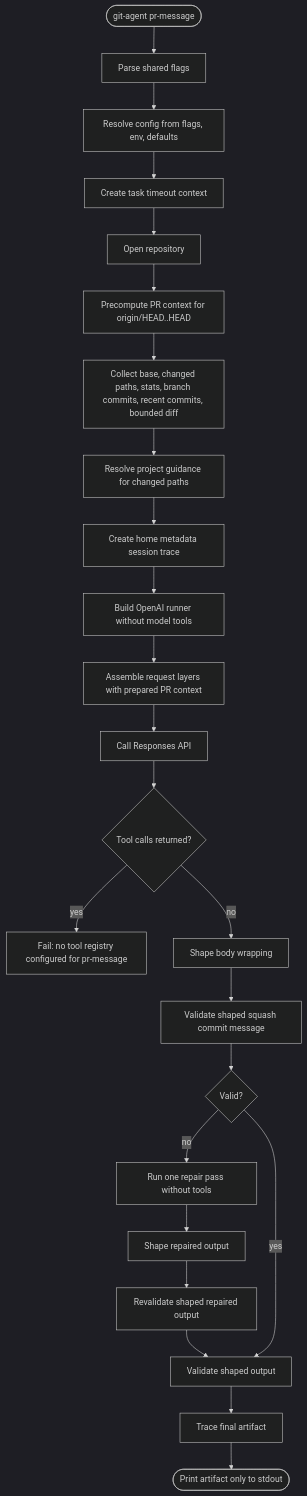
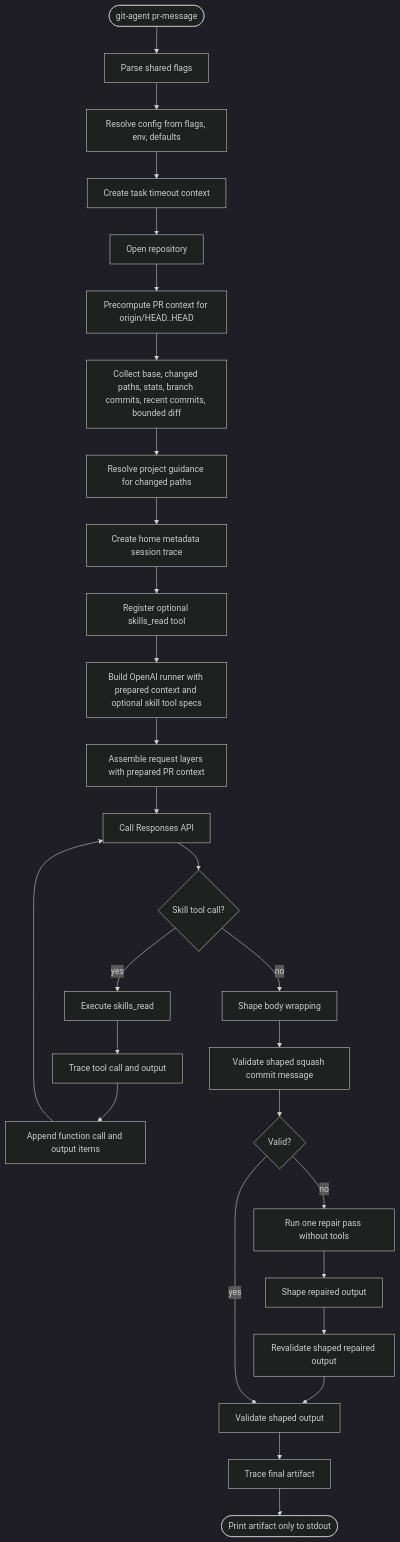
Before and after one commit to yusing/git-agent: the fourth of 5 diagrams in docs/spec.md, drawn with Mermaid (dark theme). The commit also changed other lines of this file and 11 other files, not shown here.

First line of the commit message:
feat(skills): expose discovered skills to message generation

````diff
--- a/docs/spec.md
+++ b/docs/spec.md
@@ -647,26 +650,30 @@
 ```mermaid
 flowchart TD
     Start([git-agent pr-message]) --> Parse[Parse shared flags]
     Parse --> Resolve[Resolve config from flags, env, defaults]
     Resolve --> Timeout[Create task timeout context]
     Timeout --> OpenRepo[Open repository]
     OpenRepo --> Prepare[Precompute PR context for origin/HEAD..HEAD]
     Prepare --> Evidence[Collect base, changed paths, stats, branch commits, recent commits, bounded diff]
     Evidence --> Guidance[Resolve project guidance for changed paths]
     Guidance --> Trace[Create home metadata session trace]
-    Trace --> Runner[Build OpenAI runner without model tools]
+    Trace --> Registry[Register optional skills_read tool]
+    Registry --> Runner[Build OpenAI runner with prepared context and optional skill tool specs]
     Runner --> Request[Assemble request layers with prepared PR context]
     Request --> Model[Call Responses API]
-    Model --> ToolGuard{Tool calls returned?}
-    ToolGuard -- yes --> Error[Fail: no tool registry configured for pr-message]
-    ToolGuard -- no --> Shape[Shape body wrapping]
+    Model --> ToolDecision{Skill tool call?}
+    ToolDecision -- yes --> ExecuteSkill[Execute skills_read]
+    ExecuteSkill --> RecordSkill[Trace tool call and output]
+    RecordSkill --> Continue[Append function call and output items]
+    Continue --> Model
+    ToolDecision -- no --> Shape[Shape body wrapping]
     Shape --> Validate[Validate shaped squash commit message]
     Validate --> Valid{Valid?}
     Valid -- no --> Repair[Run one repair pass without tools]
     Repair --> Reshape[Shape repaired output]
     Reshape --> Revalidate[Revalidate shaped repaired output]
     Revalidate --> FinalValidate
     Valid -- yes --> FinalValidate[Validate shaped output]
     FinalValidate --> FinalTrace[Trace final artifact]
     FinalTrace --> Stdout([Print artifact only to stdout])
 ```
````
